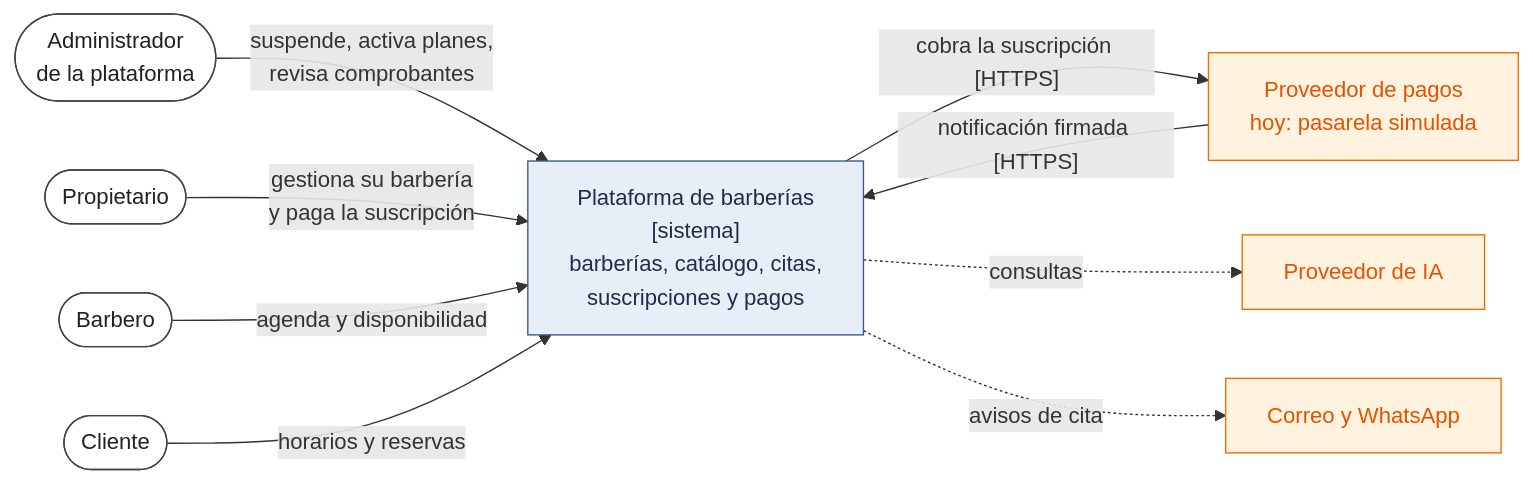
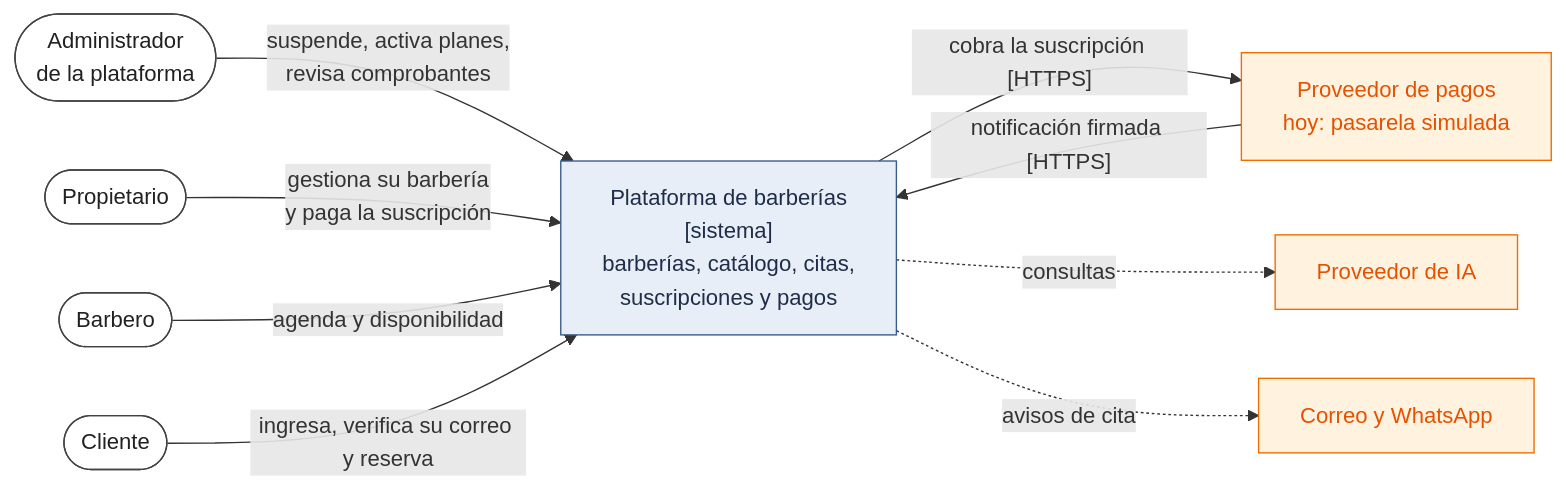
Before and after one commit to semcham/proyecto-final-barberia-ayacucho: the first of 2 diagrams in docs/04-modelo-c4/Nivel1-DiagramadeContextodelSistema.md, drawn with Mermaid. The commit also changed other lines of this file and 12 other files, not shown here.

Commit message:
docs: actualizar diagramas C4, modelo de datos y vista de capas con las funcionalidades 004 a 011

````diff
--- a/docs/04-modelo-c4/Nivel1-DiagramadeContextodelSistema.md
+++ b/docs/04-modelo-c4/Nivel1-DiagramadeContextodelSistema.md
@@ -14,27 +14,27 @@
 ```mermaid
 flowchart LR
     ADM(["Administrador<br/>de la plataforma"])
     OWN(["Propietario"])
     BAR(["Barbero"])
     CLI(["Cliente"])
     SYS["Plataforma de barberías<br/>[sistema]<br/>barberías, catálogo, citas,<br/>suscripciones y pagos"]
     PAY["Proveedor de pagos<br/>hoy: pasarela simulada"]
     AI["Proveedor de IA"]
     MSG["Correo y WhatsApp"]
 
     ADM -->|"suspende, activa planes,<br/>revisa comprobantes"| SYS
     OWN -->|"gestiona su barbería<br/>y paga la suscripción"| SYS
     BAR -->|"agenda y disponibilidad"| SYS
-    CLI -->|"horarios y reservas"| SYS
+    CLI -->|"ingresa, verifica su correo y reserva"| SYS
     SYS -->|"cobra la suscripción [HTTPS]"| PAY
     PAY -->|"notificación firmada [HTTPS]"| SYS
     SYS -.->|"consultas"| AI
     SYS -.->|"avisos de cita"| MSG
 
     classDef persona fill:#ffffff,stroke:#424242,color:#212121
     classDef implementado fill:#e8eef7,stroke:#3b5b8c,color:#1f2d4a
     classDef externo fill:#fff3e0,stroke:#ef6c00,color:#e65100
     class ADM,OWN,BAR,CLI persona
     class SYS implementado
     class PAY,AI,MSG externo
 ```
````
